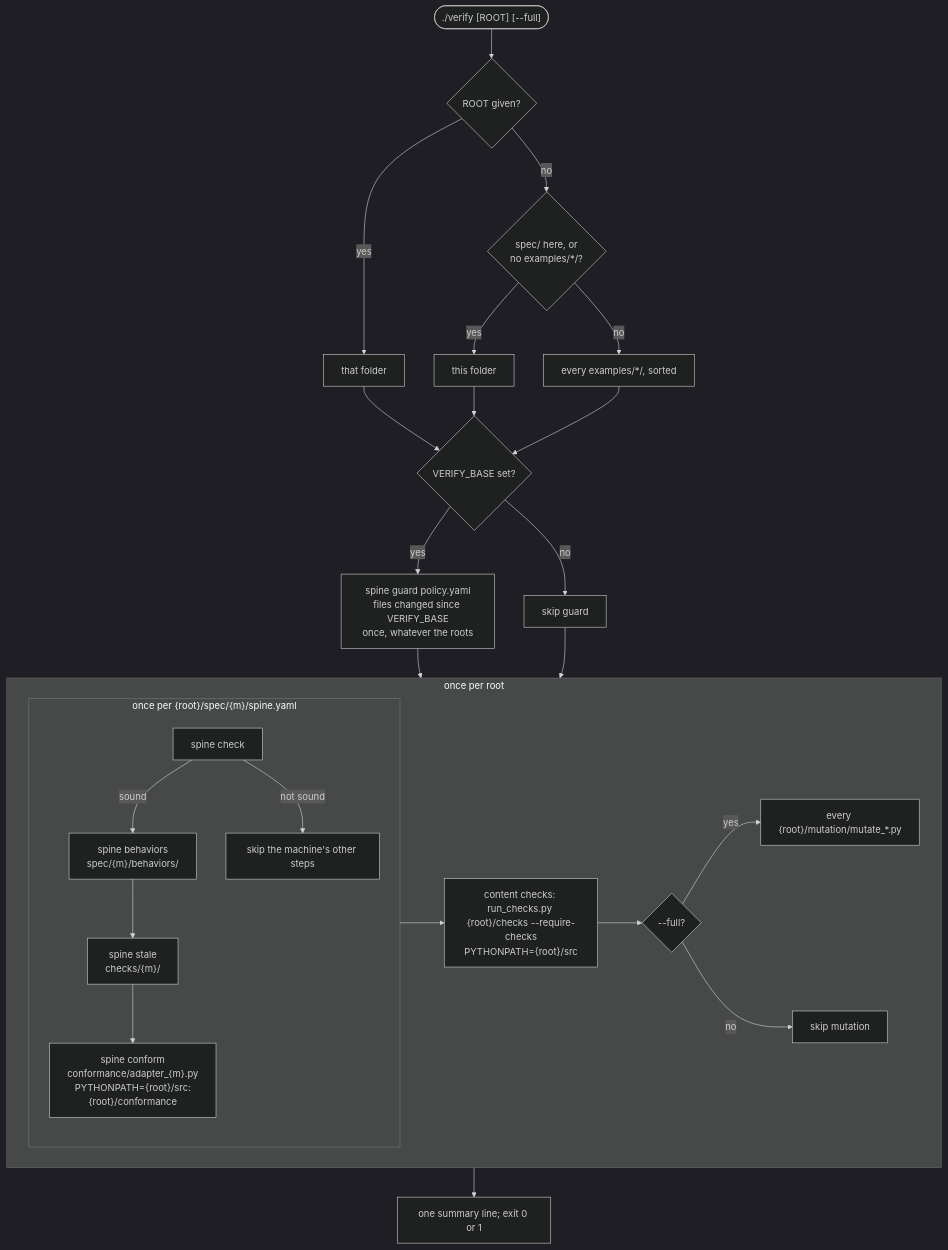
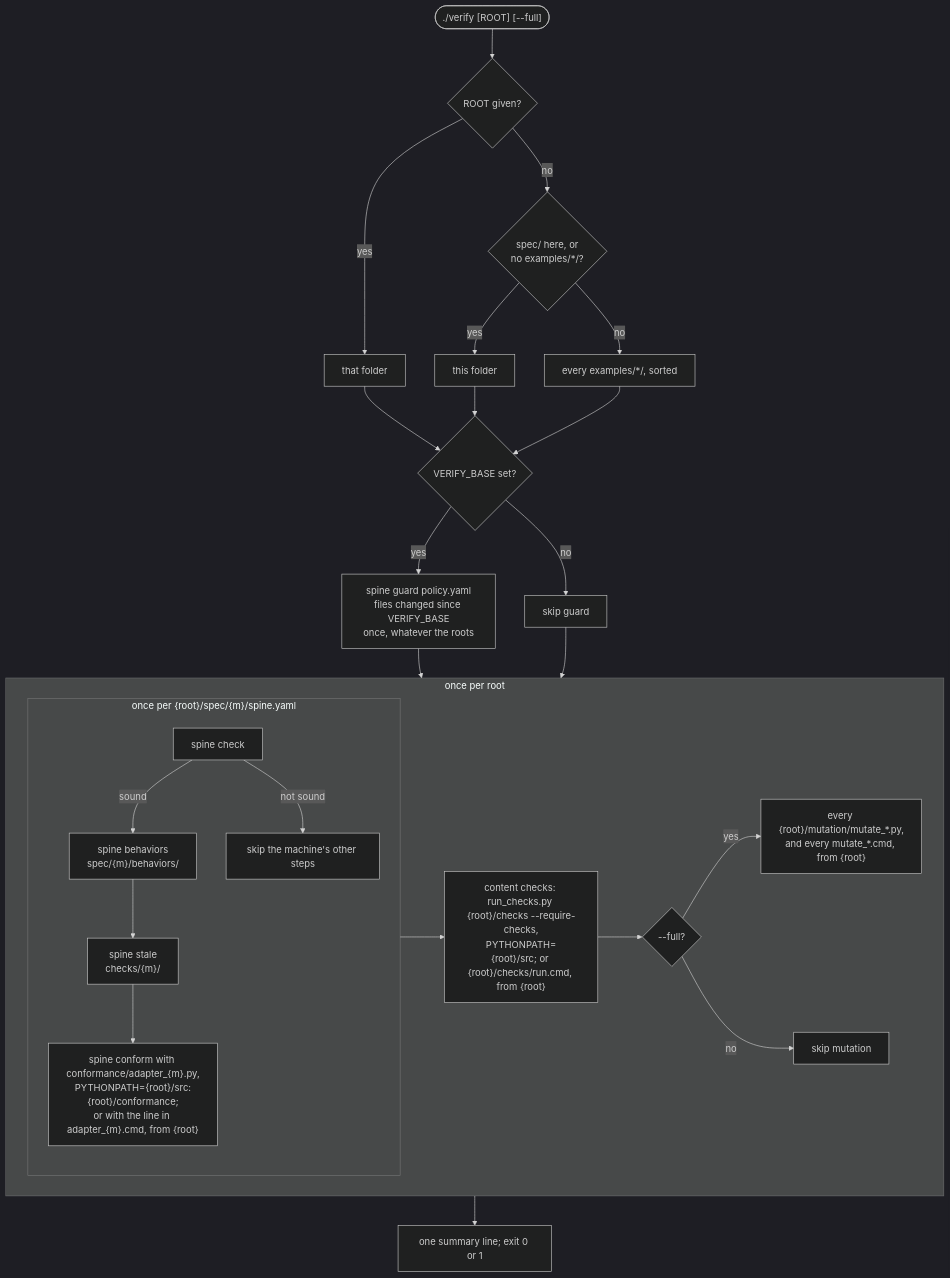
The second of 6 diagrams in docs/architecture.md (23min/verifier-kit), drawn with Mermaid (dark theme) before and after one commit. The commit also changed other lines of this file and 6 other files, not shown here.

First line of the commit message:
feat(verify): run adapters, content checks and mutation given as commands, so a project in any language can pass ./verify

````diff
--- a/docs/architecture.md
+++ b/docs/architecture.md
@@ -56,28 +56,28 @@
 ```mermaid
 flowchart TD
   start(["./verify [ROOT] [--full]"]) --> roots{"ROOT given?"}
   roots -- yes --> one["that folder"]
   roots -- no --> has{"spec/ here, or<br/>no examples/*/?"}
   has -- yes --> here["this folder"]
   has -- no --> each["every examples/*/, sorted"]
   one --> g
   here --> g
   each --> g
   g{"VERIFY_BASE set?"} -- yes --> guard["spine guard policy.yaml<br/>files changed since VERIFY_BASE<br/>once, whatever the roots"]
   g -- no --> skipg["skip guard"]
   guard --> rootloop
   skipg --> rootloop
   subgraph rootloop["once per root"]
     subgraph loop["once per {root}/spec/{m}/spine.yaml"]
       check["spine check"] -- sound --> beh["spine behaviors<br/>spec/{m}/behaviors/"]
       check -- not sound --> skipm["skip the machine's other steps"]
       beh --> stale["spine stale<br/>checks/{m}/"]
-      stale --> conf["spine conform<br/>conformance/adapter_{m}.py<br/>PYTHONPATH={root}/src:{root}/conformance"]
+      stale --> conf["spine conform with conformance/adapter_{m}.py,<br/>PYTHONPATH={root}/src:{root}/conformance;<br/>or with the line in adapter_{m}.cmd, from {root}"]
     end
-    loop --> content["content checks: run_checks.py {root}/checks --require-checks<br/>PYTHONPATH={root}/src"]
+    loop --> content["content checks: run_checks.py {root}/checks --require-checks,<br/>PYTHONPATH={root}/src; or {root}/checks/run.cmd, from {root}"]
     content --> f{"--full?"}
-    f -- yes --> mut["every {root}/mutation/mutate_*.py"]
+    f -- yes --> mut["every {root}/mutation/mutate_*.py,<br/>and every mutate_*.cmd, from {root}"]
     f -- no --> skipmut["skip mutation"]
   end
   rootloop --> sum["one summary line; exit 0 or 1"]
 ```
````
